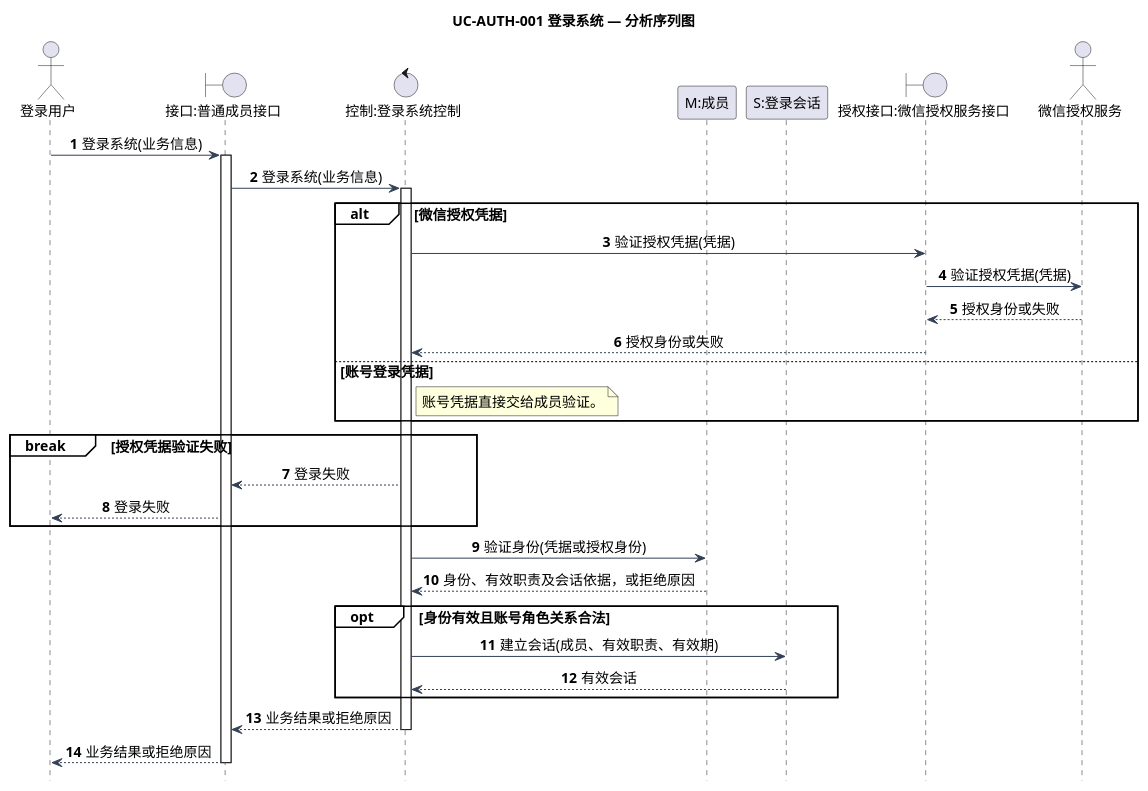
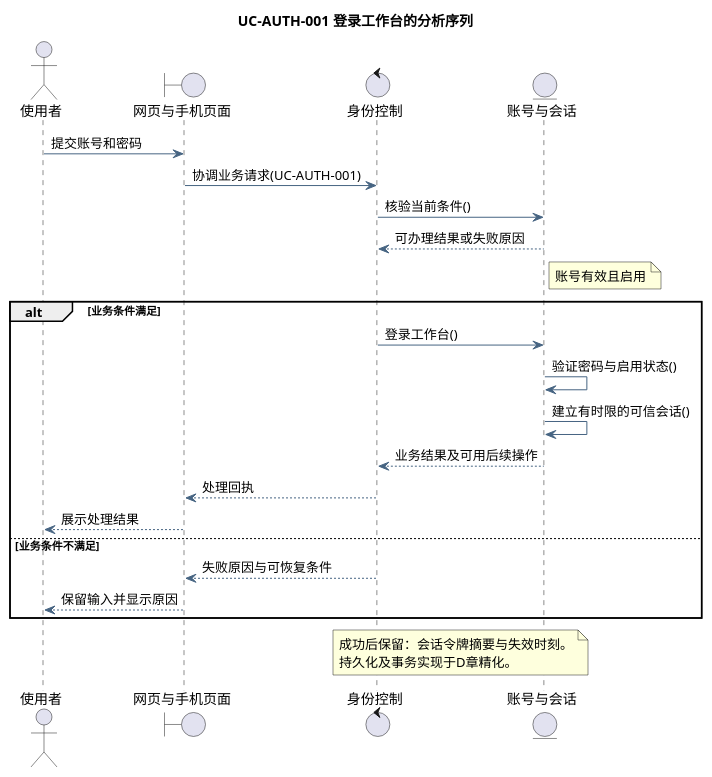
The diagram in docs/diagrams/analysis/seq-uc-auth-001.puml (tccc1csu/miniprogram-csu), drawn with PlantUML before and after one commit. The commit also changed 376 other files, not shown here.

Commit message:
docs: align course UML and engineering documents with unified workbench

```diff
--- a/docs/diagrams/analysis/seq-uc-auth-001.puml
+++ b/docs/diagrams/analysis/seq-uc-auth-001.puml
@@ -1,52 +1,36 @@
 @startuml
-title UC-AUTH-001 登录系统 — 分析序列图
 skinparam defaultFontName Microsoft YaHei
-skinparam defaultFontSize 14
 skinparam shadowing false
-skinparam backgroundColor white
+skinparam backgroundColor #FFFFFF
+skinparam ArrowColor #466482
 skinparam classAttributeIconSize 0
-skinparam classBackgroundColor #F5FAFF
-skinparam classBorderColor #46637F
-skinparam ArrowColor #334155
-skinparam nodesep 35
-skinparam ranksep 45
-hide footbox
-autonumber
-skinparam sequenceMessageAlign center
-skinparam sequenceGroupBackgroundColor white
-actor "登录用户" as A
-boundary "接口:普通成员接口" as B
-control "控制:登录系统控制" as C
-participant "M:成员" as M
-participant "S:登录会话" as S
-A -> B: 登录系统(业务信息)
-activate B
-B -> C: 登录系统(业务信息)
-activate C
+hide empty members
+title UC-AUTH-001 登录工作台的分析序列
+actor "使用者" as actor
+boundary "网页与手机页面" as page
+control "身份控制" as ctl
+entity "账号与会话" as model
+actor -> page : 提交账号和密码
+page -> ctl : 协调业务请求(UC-AUTH-001)
+ctl -> model : 核验当前条件()
+model --> ctl : 可办理结果或失败原因
+note right of model
+账号有效且启用
+end note
+alt 业务条件满足
+ctl -> model : 登录工作台()
+model -> model : 验证密码与启用状态()
+model -> model : 建立有时限的可信会话()
+model --> ctl : 业务结果及可用后续操作
+ctl --> page : 处理回执
+page --> actor : 展示处理结果
+else 业务条件不满足
+ctl --> page : 失败原因与可恢复条件
+page --> actor : 保留输入并显示原因
+end
+note over ctl,model
+成功后保留：会话令牌摘要与失效时刻。
+持久化及事务实现于D章精化。
+end note
 
-alt 微信授权凭据
-  boundary "授权接口:微信授权服务接口" as W
-  actor "微信授权服务" as X
-  C -> W: 验证授权凭据(凭据)
-  W -> X: 验证授权凭据(凭据)
-  X --> W: 授权身份或失败
-  W --> C: 授权身份或失败
-else 账号登录凭据
-  note right of C: 账号凭据直接交给成员验证。
-end
-break 授权凭据验证失败
-  C --> B: 登录失败
-  B --> A: 登录失败
-end
-C -> M: 验证身份(凭据或授权身份)
-M --> C: 身份、有效职责及会话依据，或拒绝原因
-opt 身份有效且账号角色关系合法
-  C -> S: 建立会话(成员、有效职责、有效期)
-  S --> C: 有效会话
-end
-
-C --> B: 业务结果或拒绝原因
-deactivate C
-B --> A: 业务结果或拒绝原因
-deactivate B
 @enduml
```
